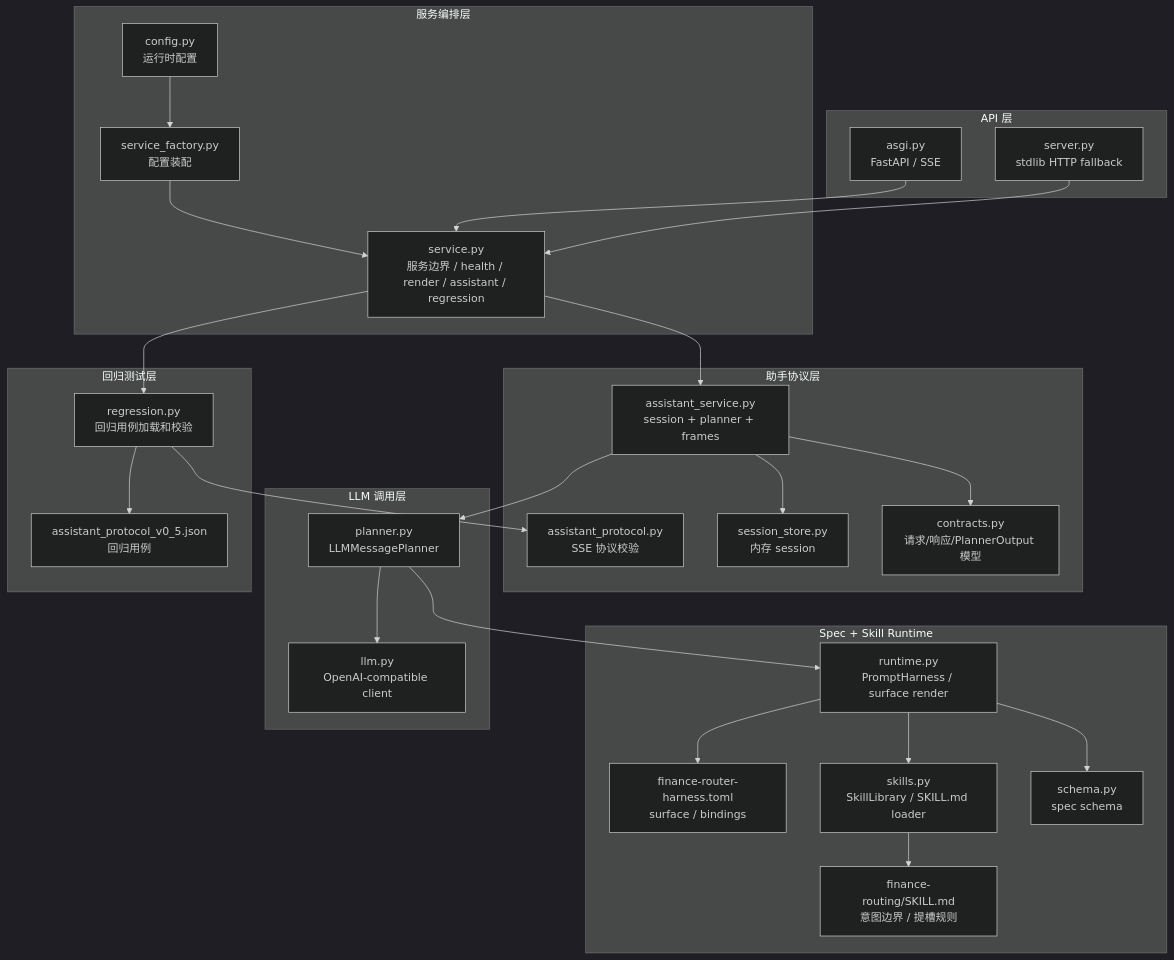
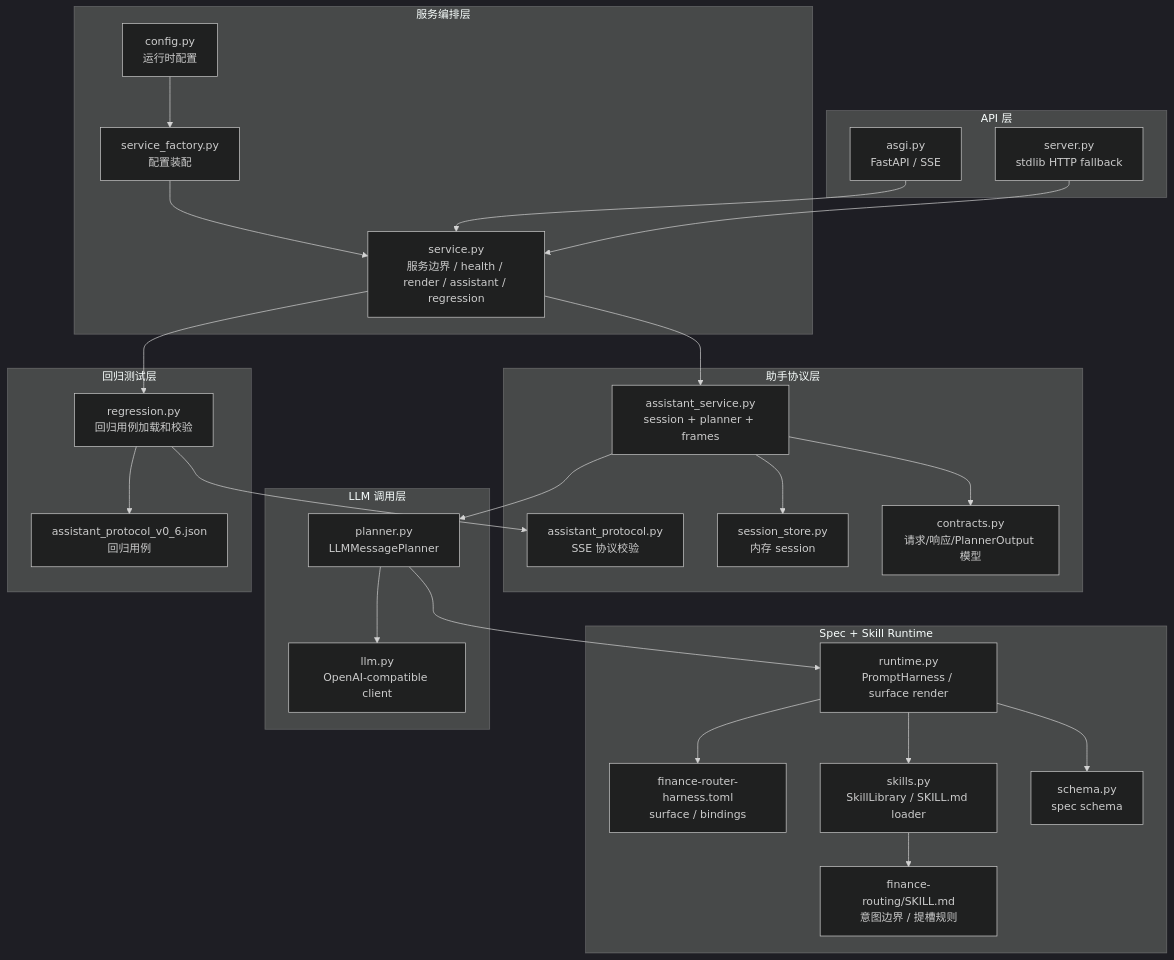
The third of 4 diagrams in docs/current-service-architecture.md (GiorgioPeng/intent_router_harness), drawn with Mermaid (dark theme) before and after one commit. The commit also changed 20 other files, not shown here.

````diff
--- a/docs/current-service-architecture.md
+++ b/docs/current-service-architecture.md
@@ -63,56 +63,56 @@
 ```mermaid
 flowchart TB
     subgraph API[API 层]
         asgi[asgi.py\nFastAPI / SSE]
         server[server.py\nstdlib HTTP fallback]
     end
 
     subgraph Service[服务编排层]
         service[service.py\n服务边界 / health / render / assistant / regression]
         factory[service_factory.py\n配置装配]
         config[config.py\n运行时配置]
     end
 
     subgraph Protocol[助手协议层]
         assistant[assistant_service.py\nsession + planner + frames]
         contracts[contracts.py\n请求/响应/PlannerOutput 模型]
         protocol[assistant_protocol.py\nSSE 协议校验]
         session[session_store.py\n内存 session]
     end
 
     subgraph Harness[Spec + Skill Runtime]
         runtime[runtime.py\nPromptHarness / surface render]
         schema[schema.py\nspec schema]
         skills[skills.py\nSkillLibrary / SKILL.md loader]
         spec[finance-router-harness.toml\nsurface / bindings]
         skill[finance-routing/SKILL.md\n意图边界 / 提槽规则]
     end
 
     subgraph LLM[LLM 调用层]
         planner[planner.py\nLLMMessagePlanner]
         llm[llm.py\nOpenAI-compatible client]
     end
 
     subgraph Tests[回归测试层]
         regression[regression.py\n回归用例加载和校验]
-        cases[assistant_protocol_v0_5.json\n回归用例]
+        cases[assistant_protocol_v0_6.json\n回归用例]
     end
 
     asgi --> service
     server --> service
     factory --> service
     config --> factory
     service --> assistant
     assistant --> contracts
     assistant --> session
     assistant --> planner
     planner --> runtime
     planner --> llm
     runtime --> schema
     runtime --> skills
     runtime --> spec
     skills --> skill
     service --> regression
     regression --> protocol
     regression --> cases
 ```
````
